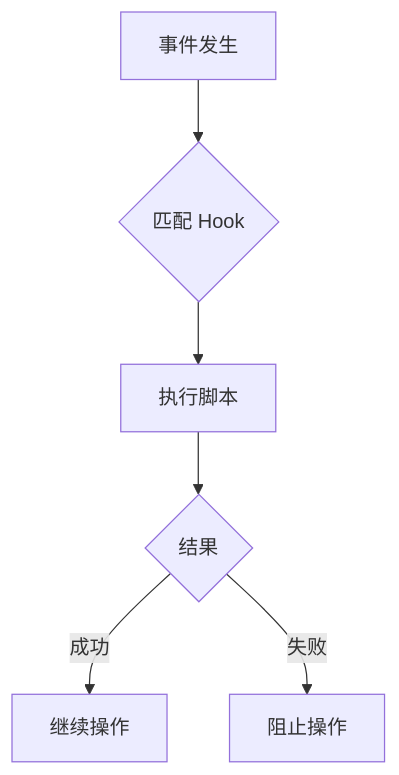
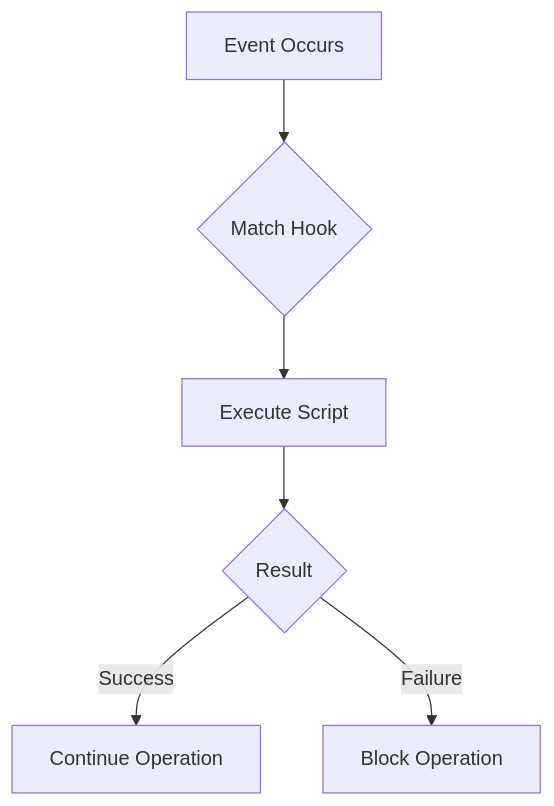
One commit to DDR187/cursor-howto changed the first of 2 diagrams in 11-hooks/README.md. Above: the diagram before and after it, drawn with Mermaid. The commit also changed other lines of this file and 22 other files, not shown here.

````diff
--- a/11-hooks/README.md
+++ b/11-hooks/README.md
@@ -26,8 +26,8 @@
 ```mermaid
 flowchart TB
-    A[事件发生] --> B{匹配 Hook}
-    B --> C[执行脚本]
-    C --> D{结果}
-    D -->|成功| E[继续操作]
-    D -->|失败| F[阻止操作]
+    A[Event Occurs] --> B{Match Hook}
+    B --> C[Execute Script]
+    C --> D{Result}
+    D -->|Success| E[Continue Operation]
+    D -->|Failure| F[Block Operation]
 ```
````
